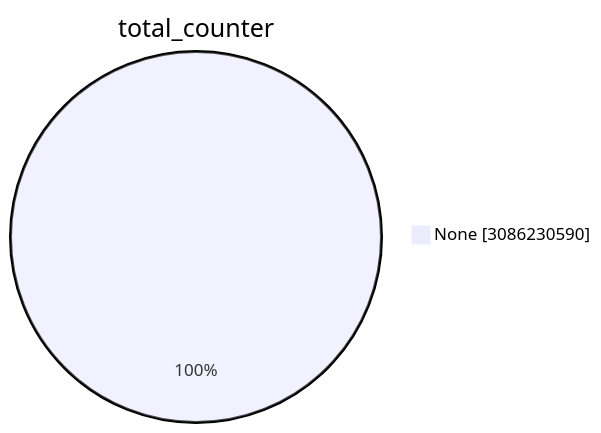
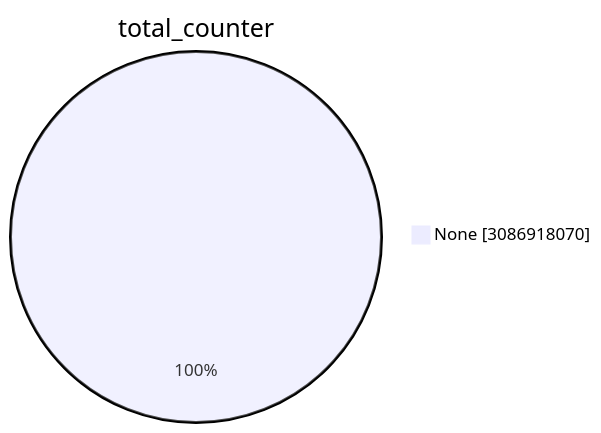
One commit to christiankrug/ctmonitor_visualization changed the first of 15 diagrams in TOTAL/README.md. Above: the diagram before and after it, drawn with Mermaid. The commit also changed other lines of this file, not shown here.

````diff
--- a/TOTAL/README.md
+++ b/TOTAL/README.md
@@ -1,5 +1,5 @@
 ```mermaid
 pie showData
 title total_counter
-"None" :3086230590
+"None" :3086918070
 ```
````
